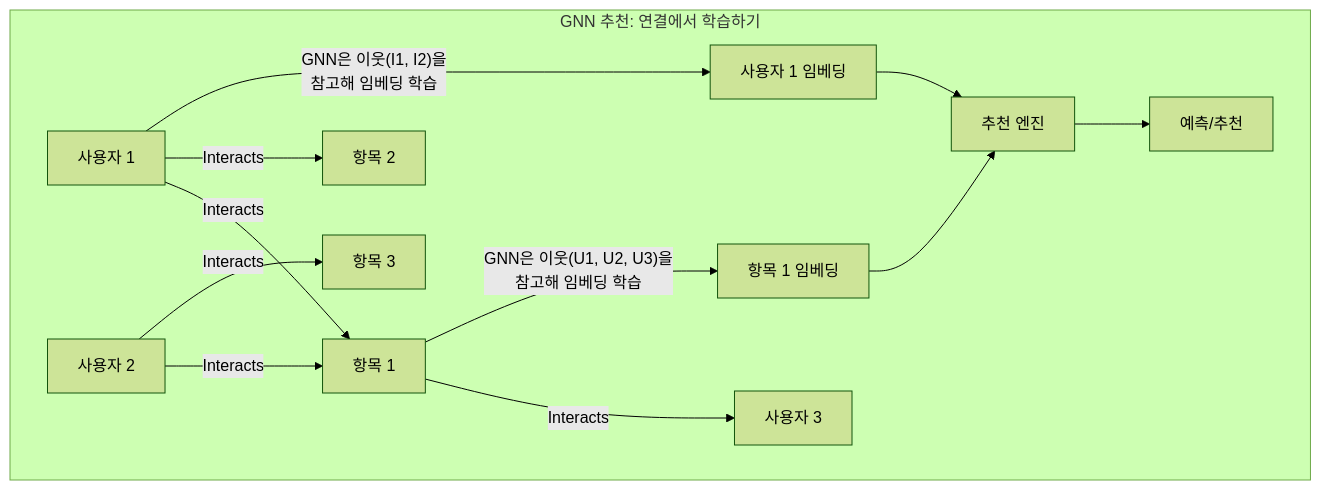
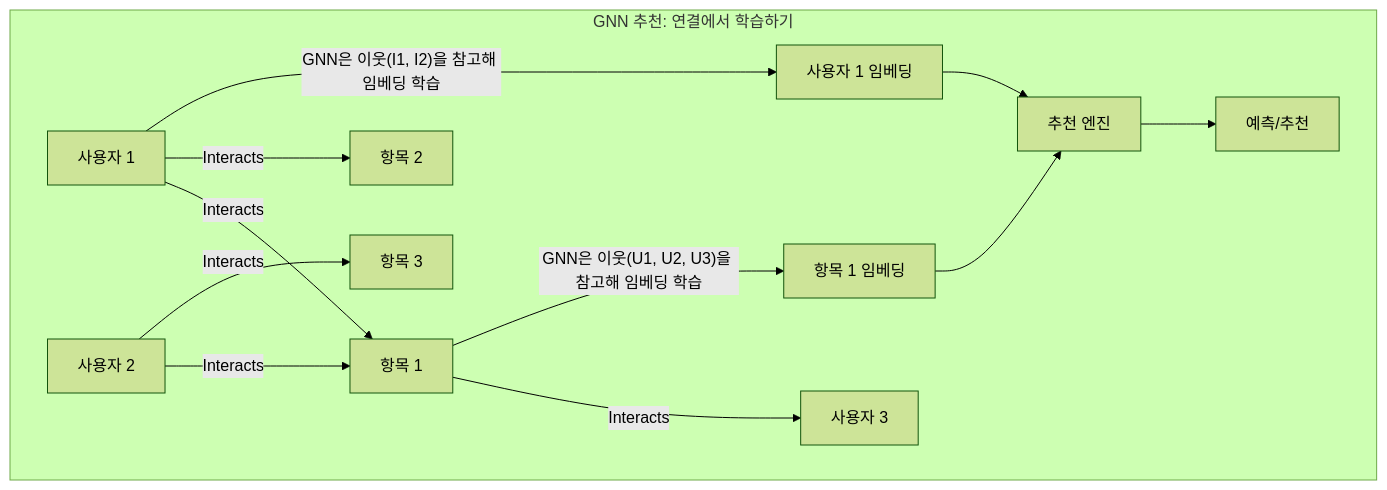
Before and after one commit to gh-shin/suggest-models-example: the tenth of 11 diagrams in ConstructivistLearningPath.md, drawn with Mermaid (forest theme). The commit also changed other lines of this file, not shown here.

Commit message:
modify mermaid

````diff
--- a/ConstructivistLearningPath.md
+++ b/ConstructivistLearningPath.md
@@ -360,18 +390,18 @@
     ```mermaid
     graph TD
         subgraph "GNN 추천: 연결에서 학습하기"
             direction LR
             U1["사용자 1"] -- Interacts --> I1["항목 1"]
             U1 -- Interacts --> I2["항목 2"]
             U2["사용자 2"] -- Interacts --> I1
             U2 -- Interacts --> I3["항목 3"]
             I1 -- Interacts --> U3["사용자 3"]
 
-            U1 -- "GNN은 이웃(I1, I2)을\n참고해 임베딩 학습" --> Emb_U1["사용자 1 임베딩"]
-            I1 -- "GNN은 이웃(U1, U2, U3)을\n참고해 임베딩 학습" --> Emb_I1["항목 1 임베딩"]
+            U1 -- "GNN은 이웃(I1, I2)을 참고해 임베딩 학습" --> Emb_U1["사용자 1 임베딩"]
+            I1 -- "GNN은 이웃(U1, U2, U3)을 참고해 임베딩 학습" --> Emb_I1["항목 1 임베딩"]
 
             Emb_U1 --> Rec_Engine["추천 엔진"]
             Emb_I1 --> Rec_Engine
             Rec_Engine --> Final_Rec["예측/추천"]
         end
     ```
````
